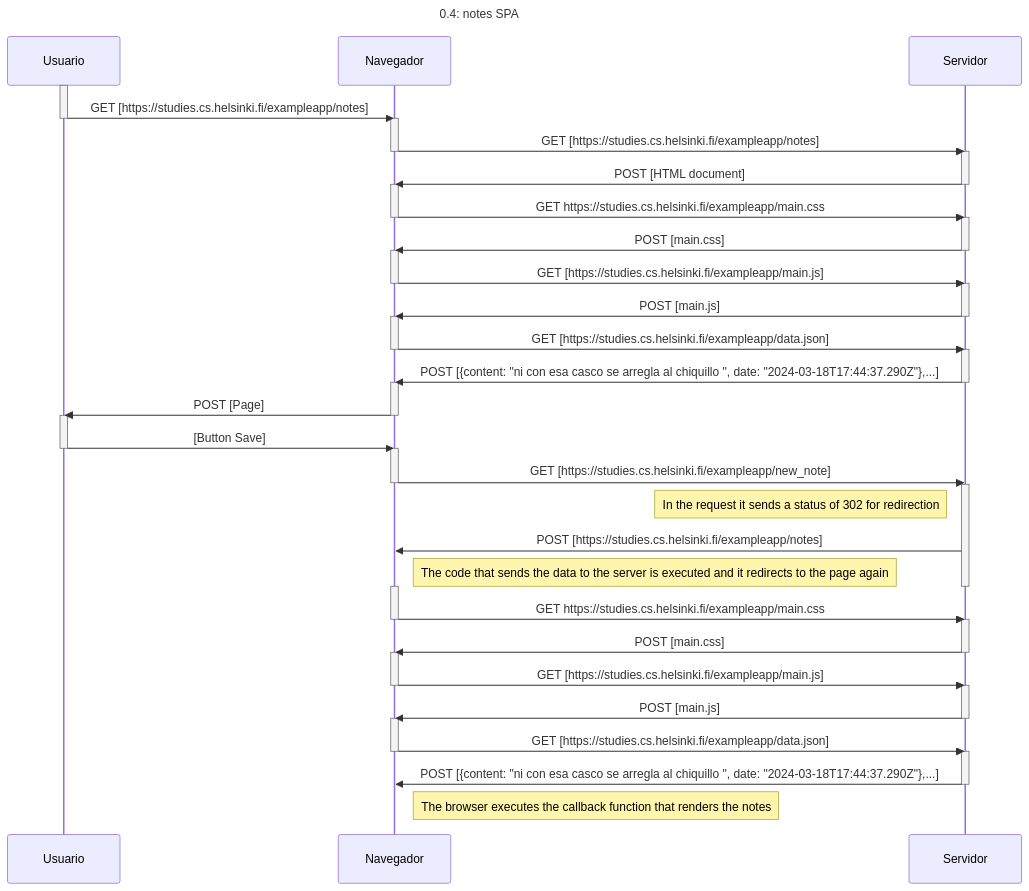
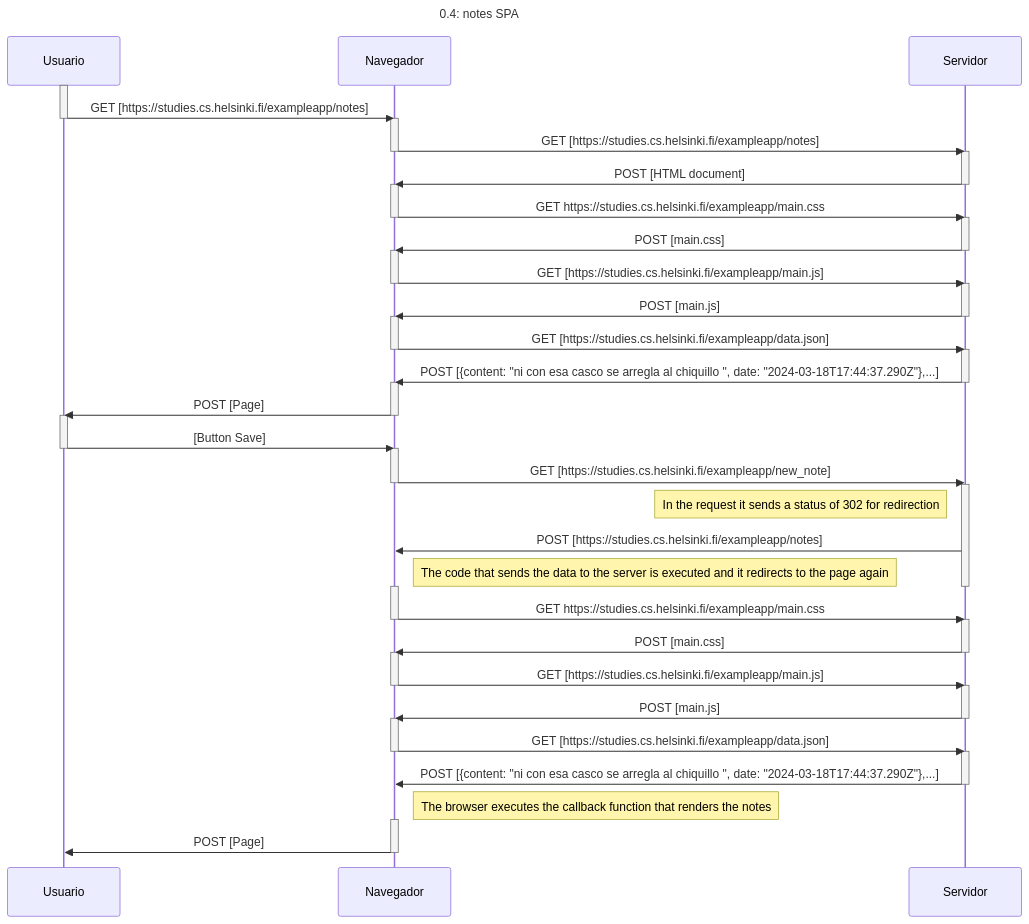
Before and after one commit to thecrusher2345/Full-Stack-Open-2023: the diagram in 0.4: Nuevo diagrama de nota.md, drawn with Mermaid.

Commit message:
Update 0.4: Nuevo diagrama de nota.md

```diff
--- a/0.4: Nuevo diagrama de nota.md
+++ b/0.4: Nuevo diagrama de nota.md
@@ -80,6 +80,10 @@
     deactivate Servidor
     Note right of Navegador: The browser executes the callback function that renders the notes
 
+    activate Navegador
+    Navegador->>Usuario: POST [Page]
+    deactivate Navegador
+
     
     
 
```
